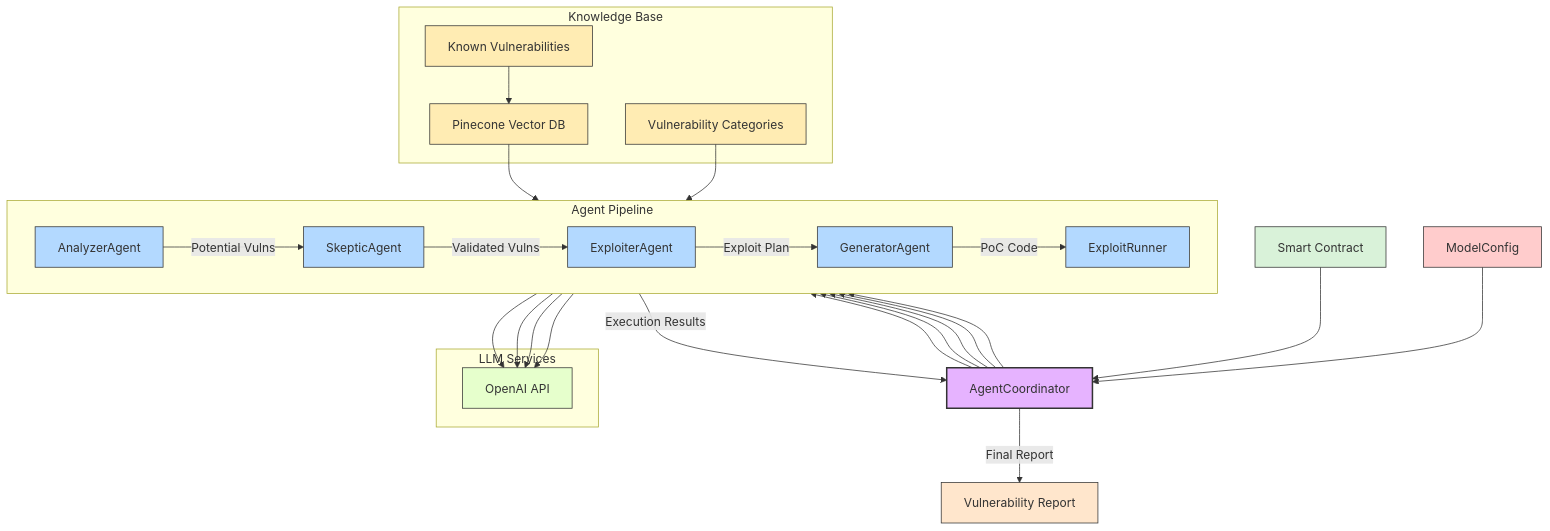
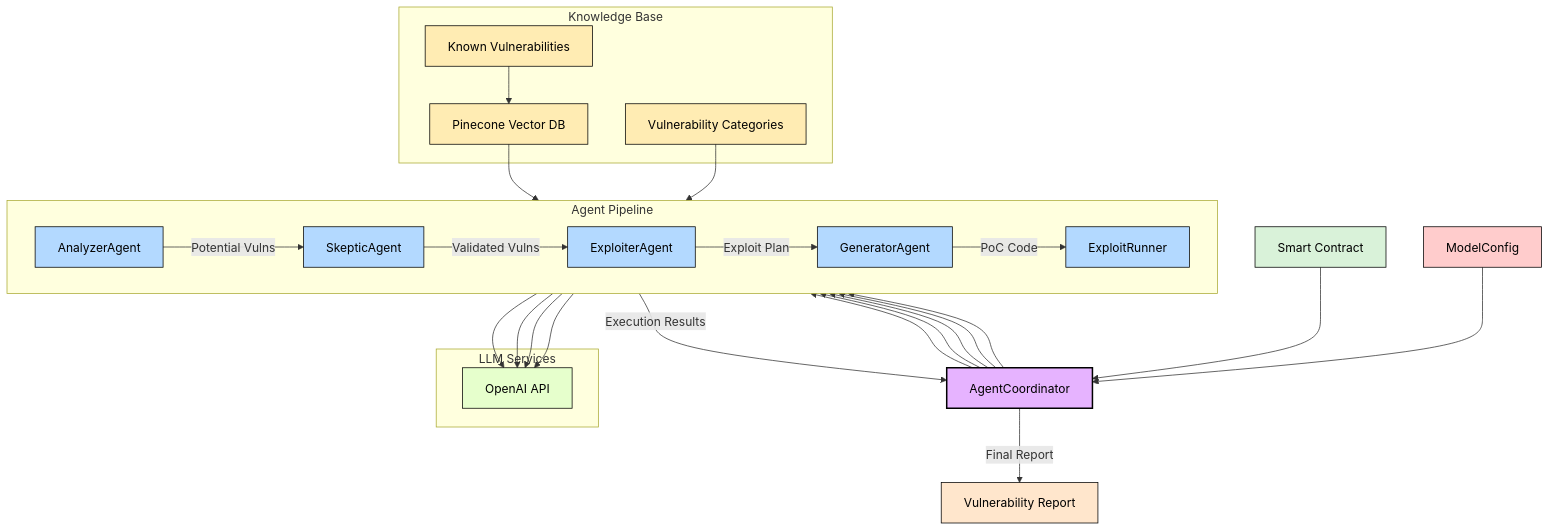
Before and after one commit to videv93/fyp-fr: the diagram in README.md, drawn with Mermaid.

````diff
--- a/README.md
+++ b/README.md
@@ -34,69 +34,69 @@
 ```mermaid
 graph TB
     %% Core Components
     contract["Smart Contract"] --> coord["AgentCoordinator"]
     
     subgraph "Knowledge Base"
         pinecone["Pinecone Vector DB"]
         vulncat["Vulnerability Categories"]
         known_vulns["Known Vulnerabilities"]
     end
 
     subgraph "Agent Pipeline"
         direction LR
         analyzer["AnalyzerAgent"]
         skeptic["SkepticAgent"]
         exploiter["ExploiterAgent"]
         generator["GeneratorAgent"]
         runner["ExploitRunner"]
         
         analyzer --> |"Potential Vulns"| skeptic
         skeptic --> |"Validated Vulns"| exploiter
         exploiter --> |"Exploit Plan"| generator
         generator --> |"PoC Code"| runner
     end
 
     %% RAG System Integration
     pinecone --> analyzer
     vulncat --> analyzer
     known_vulns --> pinecone
 
     %% Coordinator Flow
     coord --> analyzer
     coord --> skeptic
     coord --> exploiter
     coord --> generator
     coord --> runner
 
     %% Model Configuration
     config["ModelConfig"] --> coord
     
     %% External Services
     subgraph "LLM Services"
         openai["OpenAI API"]
     end
     
     analyzer --> openai
     skeptic --> openai
     exploiter --> openai
     generator --> openai
 
     %% Output
     runner --> |"Execution Results"| coord
     coord --> |"Final Report"| output["Vulnerability Report"]
 
-    style coord fill:#e6b3ff,stroke:#333,stroke-width:2px
-    style analyzer fill:#b3d9ff,stroke:#333
-    style skeptic fill:#b3d9ff,stroke:#333
-    style exploiter fill:#b3d9ff,stroke:#333
-    style generator fill:#b3d9ff,stroke:#333
-    style runner fill:#b3d9ff,stroke:#333
-    style contract fill:#d9f2d9,stroke:#333
-    style output fill:#ffe6cc,stroke:#333
-    style config fill:#ffcccc,stroke:#333
+    style coord fill:#e6b3ff,stroke:#000,stroke-width:2px,color:#000
+    style analyzer fill:#b3d9ff,stroke:#000,color:#000
+    style skeptic fill:#b3d9ff,stroke:#000,color:#000
+    style exploiter fill:#b3d9ff,stroke:#000,color:#000
+    style generator fill:#b3d9ff,stroke:#000,color:#000
+    style runner fill:#b3d9ff,stroke:#000,color:#000
+    style contract fill:#d9f2d9,stroke:#000,color:#000
+    style output fill:#ffe6cc,stroke:#000,color:#000
+    style config fill:#ffcccc,stroke:#000,color:#000
     
-    style pinecone fill:#ffecb3,stroke:#333
-    style vulncat fill:#ffecb3,stroke:#333
-    style known_vulns fill:#ffecb3,stroke:#333
-    style openai fill:#e6ffcc,stroke:#333
+    style pinecone fill:#ffecb3,stroke:#000,color:#000
+    style vulncat fill:#ffecb3,stroke:#000,color:#000
+    style known_vulns fill:#ffecb3,stroke:#000,color:#000
+    style openai fill:#e6ffcc,stroke:#000,color:#000
 ```
````
